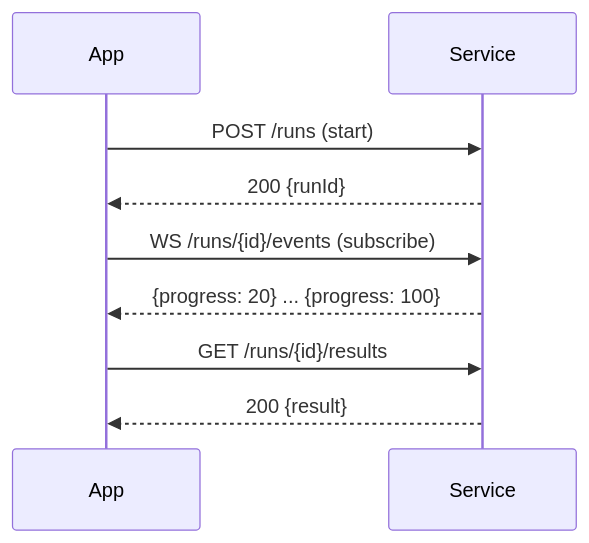
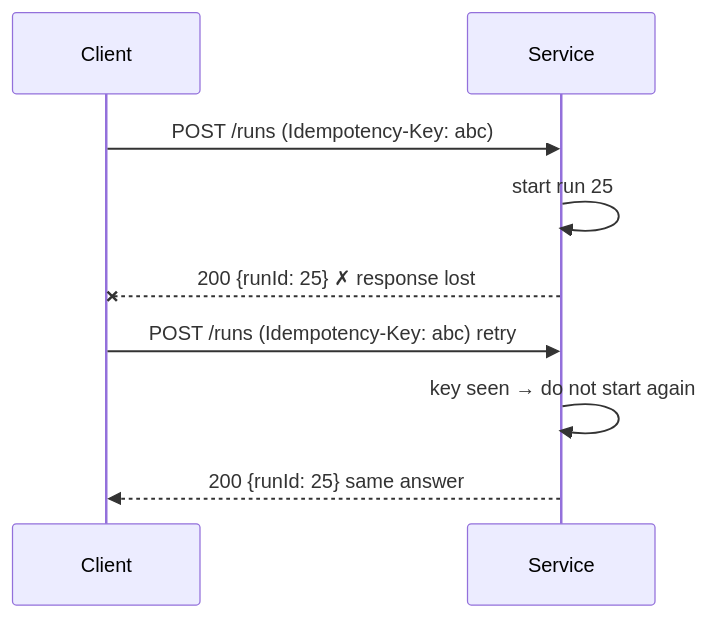
One commit to chetanjogi/edge-device changed diagram 12 of 16 in README.md. Above: the diagram before and after it, drawn with Mermaid. The commit also changed other lines of this file, not shown here.

Commit message:
Document control API architecture and service/client split

````diff
--- a/README.md
+++ b/README.md
@@ -640,11 +725,11 @@
 ```mermaid
 sequenceDiagram
-    participant App
-    participant Service
-    App->>Service: POST /runs (start)
-    Service-->>App: 200 {runId}
-    App->>Service: WS /runs/{id}/events (subscribe)
-    Service-->>App: {progress: 20} ... {progress: 100}
-    App->>Service: GET /runs/{id}/results
-    Service-->>App: 200 {result}
+    participant C as Client
+    participant S as Service
+    C->>S: POST /runs (Idempotency-Key: abc)
+    S->>S: start run 25
+    S--xC: 200 {runId: 25}   ✗ response lost
+    C->>S: POST /runs (Idempotency-Key: abc)   retry
+    S->>S: key seen → do not start again
+    S-->>C: 200 {runId: 25}   same answer
 ```
````
